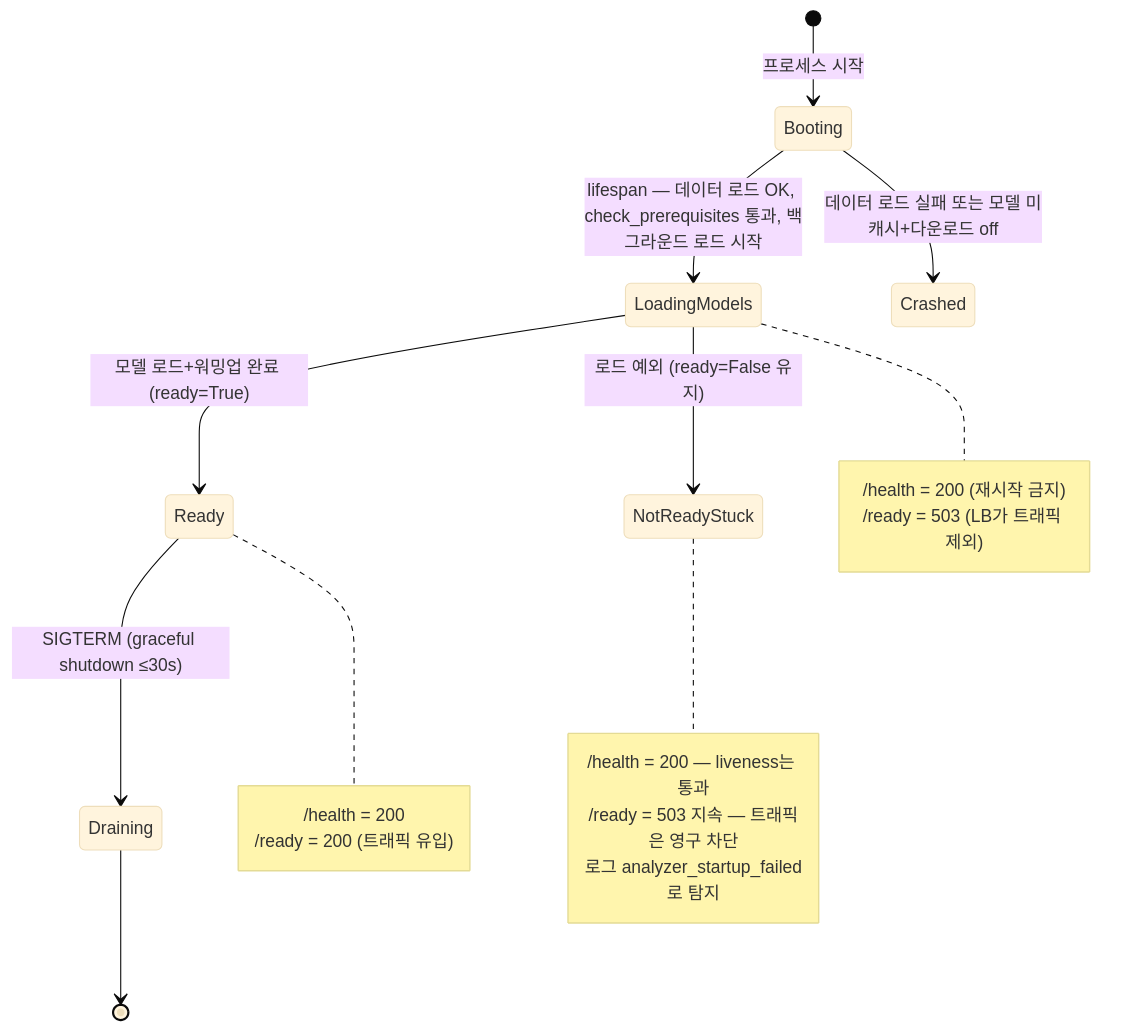
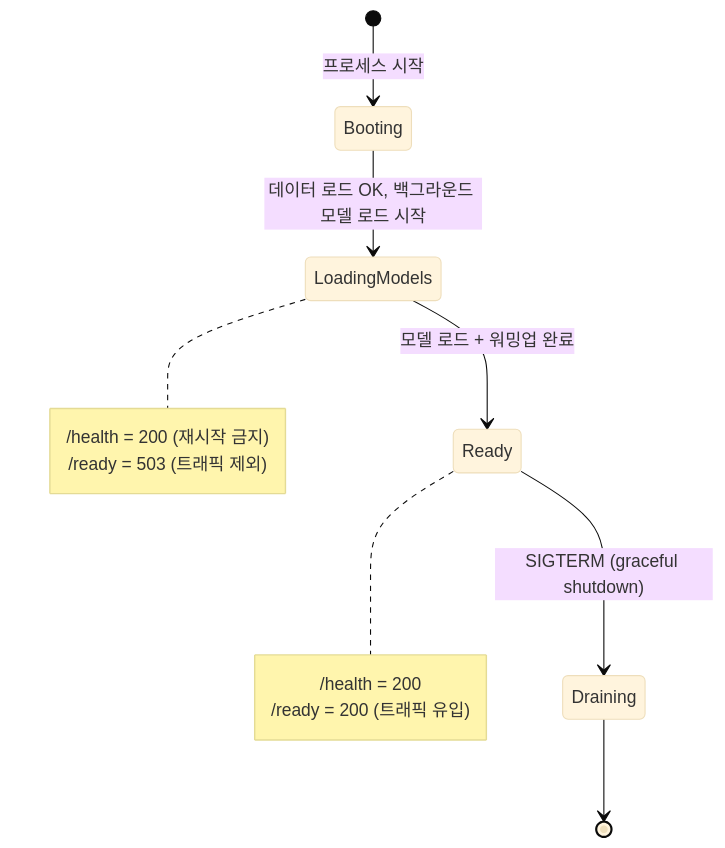
Before and after one commit to Jinacker/PortFolio: the diagram in public/mds/kkinitalk/impl-2-ops.md, drawn with Mermaid (base theme). The commit also changed other lines of this file and 31 other files, not shown here.

````diff
--- a/public/mds/kkinitalk/impl-2-ops.md
+++ b/public/mds/kkinitalk/impl-2-ops.md
@@ -94,24 +24,17 @@
 ```mermaid
 stateDiagram-v2
     [*] --> Booting : 프로세스 시작
-    Booting --> LoadingModels : lifespan — 데이터 로드 OK, check_prerequisites 통과, 백그라운드 로드 시작
-    Booting --> Crashed : 데이터 로드 실패 또는 모델 미캐시+다운로드 off
-    LoadingModels --> Ready : 모델 로드+워밍업 완료 (ready=True)
-    LoadingModels --> NotReadyStuck : 로드 예외 (ready=False 유지)
-    Ready --> Draining : SIGTERM (graceful shutdown ≤30s)
+    Booting --> LoadingModels : 데이터 로드 OK, 백그라운드 모델 로드 시작
+    LoadingModels --> Ready : 모델 로드 + 워밍업 완료
+    Ready --> Draining : SIGTERM (graceful shutdown)
     Draining --> [*]
 
     note right of LoadingModels
         /health = 200 (재시작 금지)
-        /ready = 503 (LB가 트래픽 제외)
+        /ready = 503 (트래픽 제외)
     end note
     note right of Ready
         /health = 200
         /ready = 200 (트래픽 유입)
     end note
-    note right of NotReadyStuck
-        /health = 200 — liveness는 통과
-        /ready = 503 지속 — 트래픽은 영구 차단
-        로그 analyzer_startup_failed로 탐지
-    end note
 ```
````
